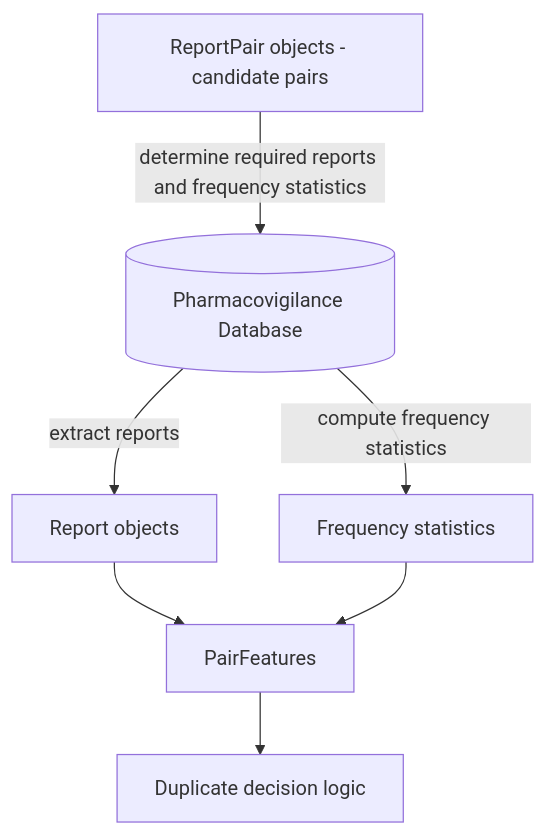
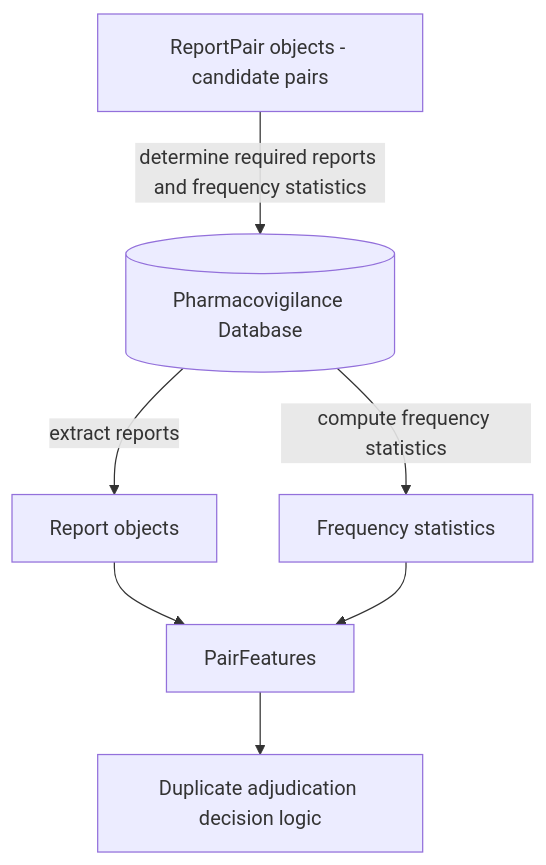
One commit to Uppsala-Monitoring-Centre/vigiTwin changed the diagram in docs/data_contracts.md. Above: the diagram before and after it, drawn with Mermaid. The commit also changed other lines of this file and 30 other files, not shown here.

````diff
--- a/docs/data_contracts.md
+++ b/docs/data_contracts.md
@@ -34,16 +34,16 @@
 ```mermaid
 flowchart TD
 
 DB[(Pharmacovigilance Database)]
 
 PAIRS["ReportPair objects - candidate pairs"]
 PAIRS -->|determine required reports and frequency statistics| DB
 
 DB -->|extract reports| REPORTS[Report objects]
 DB -->|compute frequency statistics| STATS[Frequency statistics]
 
 REPORTS --> PF[PairFeatures]
 STATS --> PF
 
-PF --> DECISION[Duplicate decision logic]
+PF --> DECISION[Duplicate adjudication decision logic]
 ```
````
